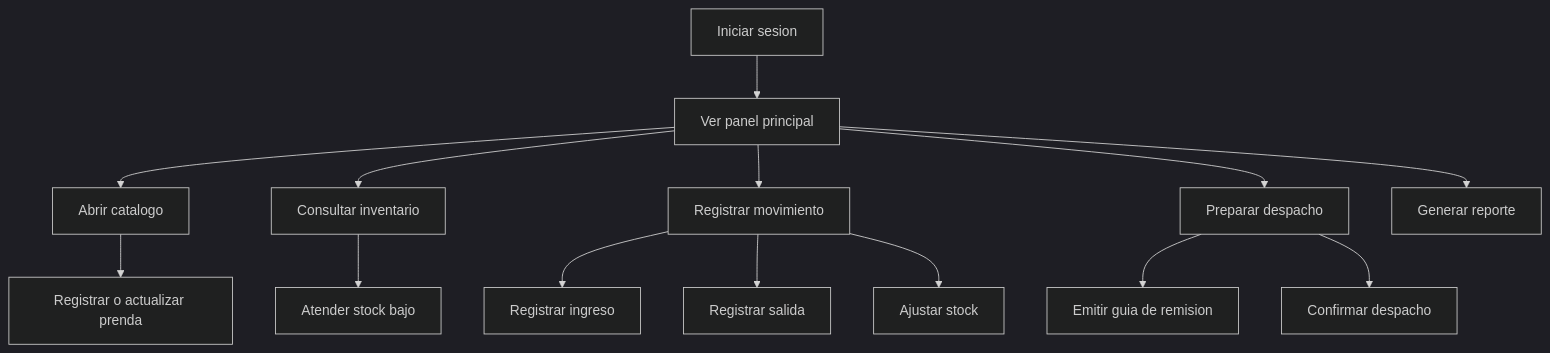
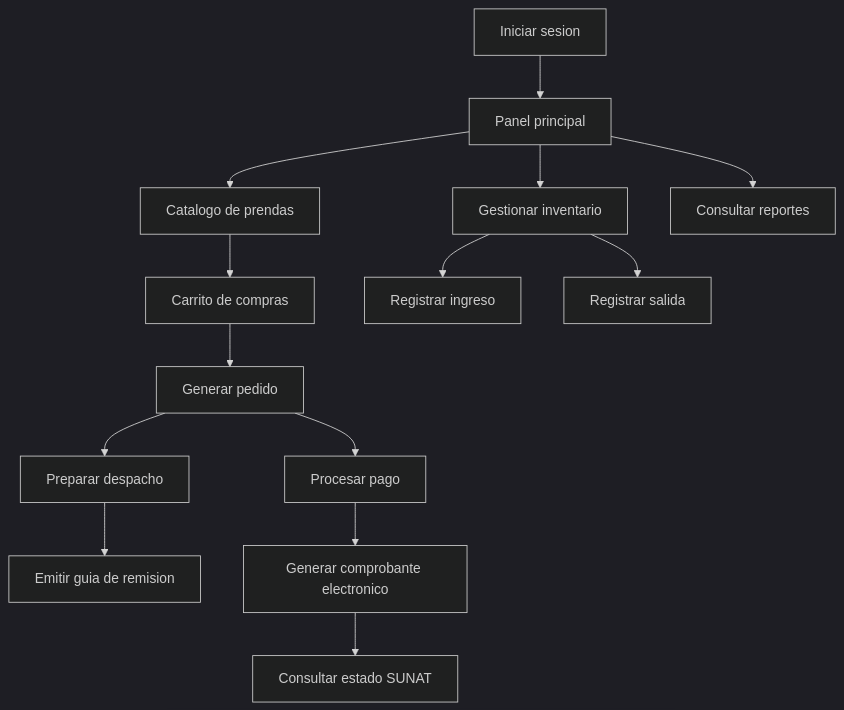
The diagram in docs/prototipo.md (javierRock/SoftwareTextil), drawn with Mermaid (dark theme) before and after one commit. The commit also changed other lines of this file and 149 other files, not shown here.

````diff
--- a/docs/prototipo.md
+++ b/docs/prototipo.md
@@ -7,17 +9,16 @@
 ```mermaid
 flowchart TD
-    Login["Iniciar sesion"] --> Panel["Ver panel principal"]
-    Panel --> Catalogo["Abrir catalogo"]
-    Panel --> Inventario["Consultar inventario"]
-    Panel --> Movimientos["Registrar movimiento"]
-    Panel --> Despachos["Preparar despacho"]
-    Panel --> Reportes["Generar reporte"]
-
-    Catalogo --> RegistroPrenda["Registrar o actualizar prenda"]
-    Inventario --> StockBajo["Atender stock bajo"]
-    Movimientos --> RegistrarIngreso["Registrar ingreso"]
-    Movimientos --> RegistrarSalida["Registrar salida"]
-    Movimientos --> AjustarStock["Ajustar stock"]
-    Despachos --> Guia["Emitir guia de remision"]
-    Despachos --> ConfirmarDespacho["Confirmar despacho"]
+    Login["Iniciar sesion"] --> Panel["Panel principal"]
+    Panel --> Catalogo["Catalogo de prendas"]
+    Catalogo --> Carrito["Carrito de compras"]
+    Carrito --> Pedido["Generar pedido"]
+    Pedido --> Pago["Procesar pago"]
+    Pedido --> Despacho["Preparar despacho"]
+    Despacho --> Guia["Emitir guia de remision"]
+    Pago --> Comprobante["Generar comprobante electronico"]
+    Comprobante --> Sunat["Consultar estado SUNAT"]
+    Panel --> Inventario["Gestionar inventario"]
+    Inventario --> Ingreso["Registrar ingreso"]
+    Inventario --> Salida["Registrar salida"]
+    Panel --> Reportes["Consultar reportes"]
 ```
````
